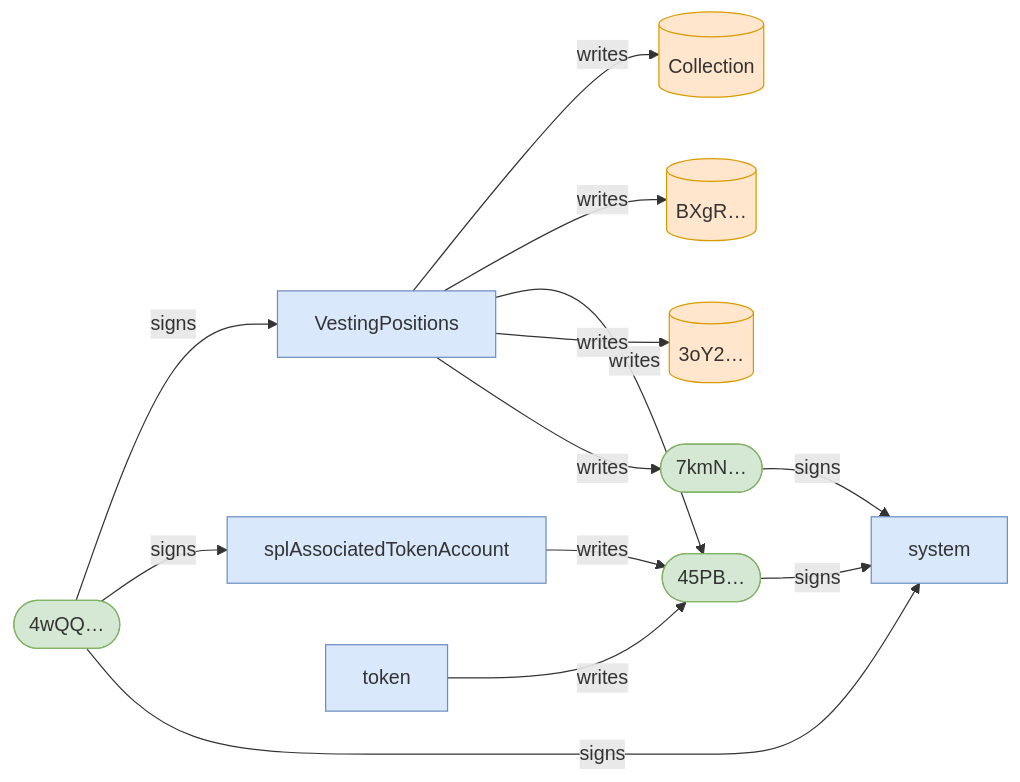
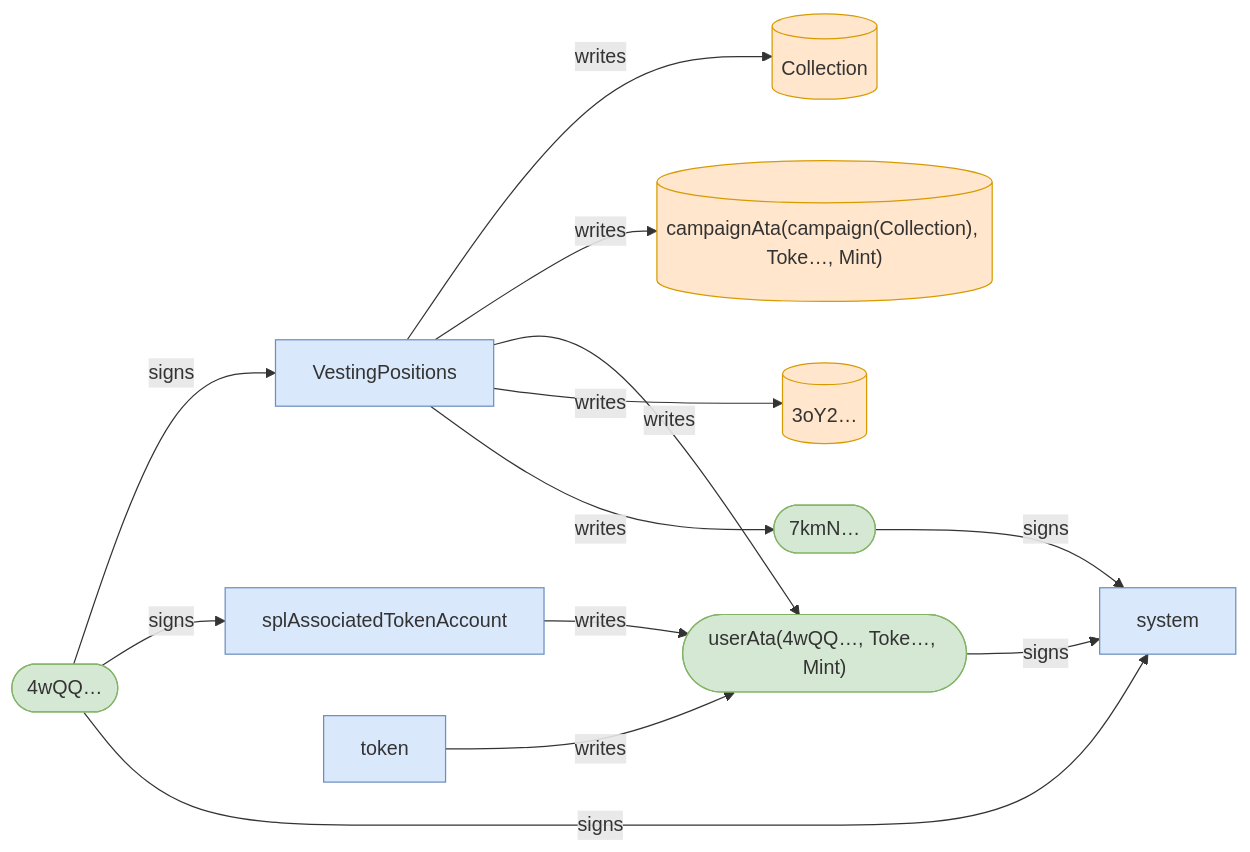
One commit to cds-turbin3/vesting-position changed the eighth of 9 diagrams in babelfish-tests/test-report/scenario_6_not_owner_subsequent_claim_fails.md. Above: the diagram before and after it, drawn with Mermaid. The commit also changed other lines of this file and 51 other files, not shown here.

````diff
--- a/babelfish-tests/test-report/scenario_6_not_owner_subsequent_claim_fails.md
+++ b/babelfish-tests/test-report/scenario_6_not_owner_subsequent_claim_fails.md
@@ -438,28 +378,28 @@
 ```mermaid
 flowchart LR
     VestingPositions["VestingPositions"]:::program
     4wQQ(["4wQQ…"]):::signer
     Collection[("Collection")]:::state
-    BXgR[("BXgR…")]:::state
-    45PB(["45PB…"]):::signer
+    campaignAtacampaignCollectionTokeMint[("campaignAta(campaign(Collection), Toke…, Mint)")]:::state
+    userAta4wQQTokeMint(["userAta(4wQQ…, Toke…, Mint)"]):::signer
     3oY2[("3oY2…")]:::state
     7kmN(["7kmN…"]):::signer
     splAssociatedTokenAccount["splAssociatedTokenAccount"]:::program
     token["token"]:::program
     system["system"]:::program
     4wQQ -->|signs| VestingPositions
     VestingPositions -->|writes| Collection
-    VestingPositions -->|writes| BXgR
-    VestingPositions -->|writes| 45PB
+    VestingPositions -->|writes| campaignAtacampaignCollectionTokeMint
+    VestingPositions -->|writes| userAta4wQQTokeMint
     VestingPositions -->|writes| 3oY2
     VestingPositions -->|writes| 7kmN
     4wQQ -->|signs| splAssociatedTokenAccount
-    splAssociatedTokenAccount -->|writes| 45PB
+    splAssociatedTokenAccount -->|writes| userAta4wQQTokeMint
     4wQQ -->|signs| system
-    45PB -->|signs| system
-    token -->|writes| 45PB
+    userAta4wQQTokeMint -->|signs| system
+    token -->|writes| userAta4wQQTokeMint
     7kmN -->|signs| system
     classDef program fill:#dae8fc,stroke:#6c8ebf;
     classDef signer fill:#d5e8d4,stroke:#82b366;
     classDef state fill:#ffe6cc,stroke:#d79b00;
 ```
````
